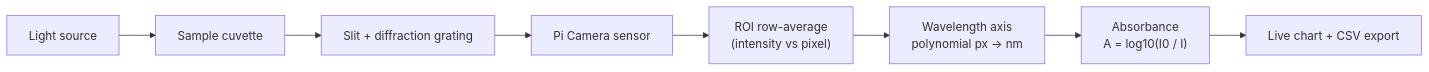
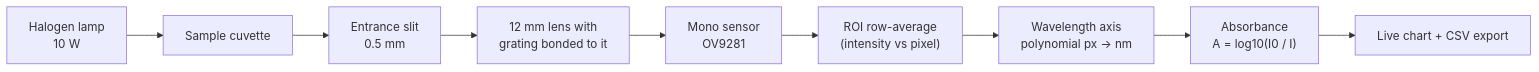
One commit to alexmanuel27/MonoSpectro changed the diagram in README.md. Above: the diagram before and after it, drawn with Mermaid. The commit also changed other lines of this file, not shown here.

````diff
--- a/README.md
+++ b/README.md
@@ -60,10 +69,11 @@
 ```mermaid
 flowchart LR
-    A[Light source] --> B[Sample cuvette]
-    B --> C[Slit + diffraction grating]
-    C --> D[Pi Camera sensor]
-    D --> E["ROI row-average<br/>(intensity vs pixel)"]
-    E --> F["Wavelength axis<br/>polynomial px -> nm"]
-    F --> G["Absorbance<br/>A = log10(I0 / I)"]
-    G --> H[Live chart + CSV export]
+    A["Halogen lamp<br/>10 W"] --> B[Sample cuvette]
+    B --> C["Entrance slit<br/>0.5 mm"]
+    C --> D["12 mm lens with<br/>grating bonded to it"]
+    D --> E["Mono sensor<br/>OV9281"]
+    E --> F["ROI row-average<br/>(intensity vs pixel)"]
+    F --> G["Wavelength axis<br/>polynomial px -> nm"]
+    G --> H["Absorbance<br/>A = log10(I0 / I)"]
+    H --> I[Live chart + CSV export]
 ```
````
